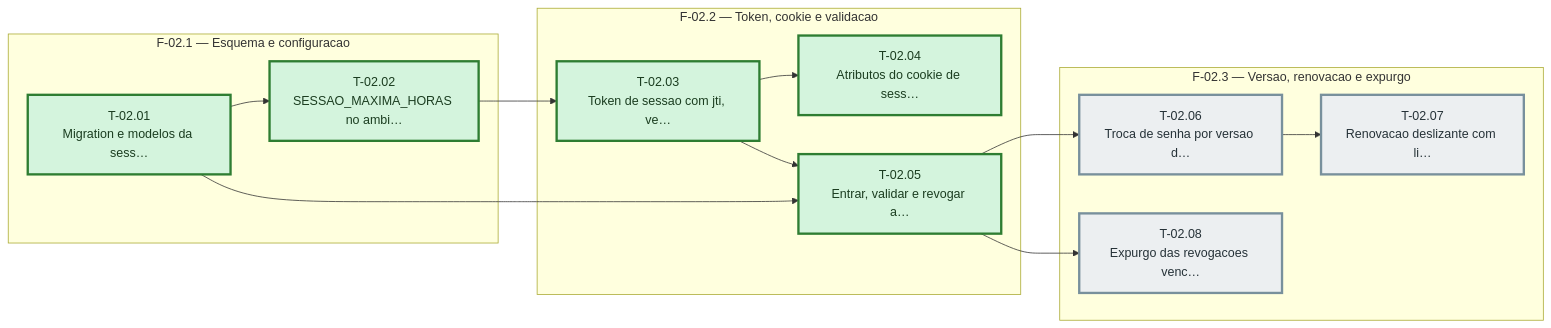
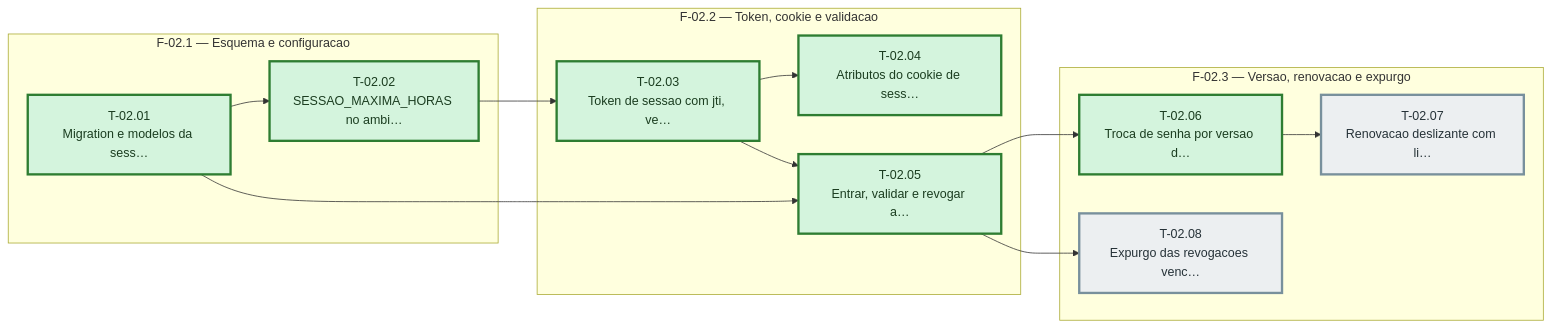
The diagram in docs/sessao-e-acesso-endurecidos/sprint-02/fases.md (bittencourtthulio/converse-chatbot), drawn with Mermaid before and after one commit. The commit also changed 6 other files, not shown here.

````diff
--- a/docs/sessao-e-acesso-endurecidos/sprint-02/fases.md
+++ b/docs/sessao-e-acesso-endurecidos/sprint-02/fases.md
@@ -38,42 +38,42 @@
 ```mermaid
 %% Grafo de tasks — sprint-02 — gerado pela sprintx a partir de tasks.md
 flowchart LR
   subgraph fase_02_1["F-02.1 — Esquema e configuracao"]
     T_02_01["T-02.01<br/>Migration e modelos da sess…"]
     T_02_02["T-02.02<br/>SESSAO_MAXIMA_HORAS no ambi…"]
   end
   subgraph fase_02_2["F-02.2 — Token, cookie e validacao"]
     T_02_03["T-02.03<br/>Token de sessao com jti, ve…"]
     T_02_04["T-02.04<br/>Atributos do cookie de sess…"]
     T_02_05["T-02.05<br/>Entrar, validar e revogar a…"]
   end
   subgraph fase_02_3["F-02.3 — Versao, renovacao e expurgo"]
     T_02_06["T-02.06<br/>Troca de senha por versao d…"]
     T_02_07["T-02.07<br/>Renovacao deslizante com li…"]
     T_02_08["T-02.08<br/>Expurgo das revogacoes venc…"]
   end
   T_02_01 --> T_02_02
   T_02_02 --> T_02_03
   T_02_03 --> T_02_04
   T_02_01 --> T_02_05
   T_02_03 --> T_02_05
   T_02_05 --> T_02_06
   T_02_06 --> T_02_07
   T_02_05 --> T_02_08
 
   classDef concluida fill:#d4f4dd,stroke:#2e7d32,color:#1b3d20
   classDef andamento fill:#fff3cd,stroke:#b8860b,color:#4a3800
   classDef bloqueada fill:#f8d7da,stroke:#c62828,color:#4a1d1f
   classDef pendente  fill:#eceff1,stroke:#78909c,color:#263238
   classDef critico   stroke-width:3px
 
   class T_02_01 concluida
   class T_02_02 concluida
   class T_02_03 concluida
   class T_02_04 concluida
   class T_02_05 concluida
-  class T_02_06 pendente
+  class T_02_06 concluida
   class T_02_07 pendente
   class T_02_08 pendente
   class T_02_01,T_02_02,T_02_03,T_02_04,T_02_05,T_02_06,T_02_07,T_02_08 critico
 ```
````
